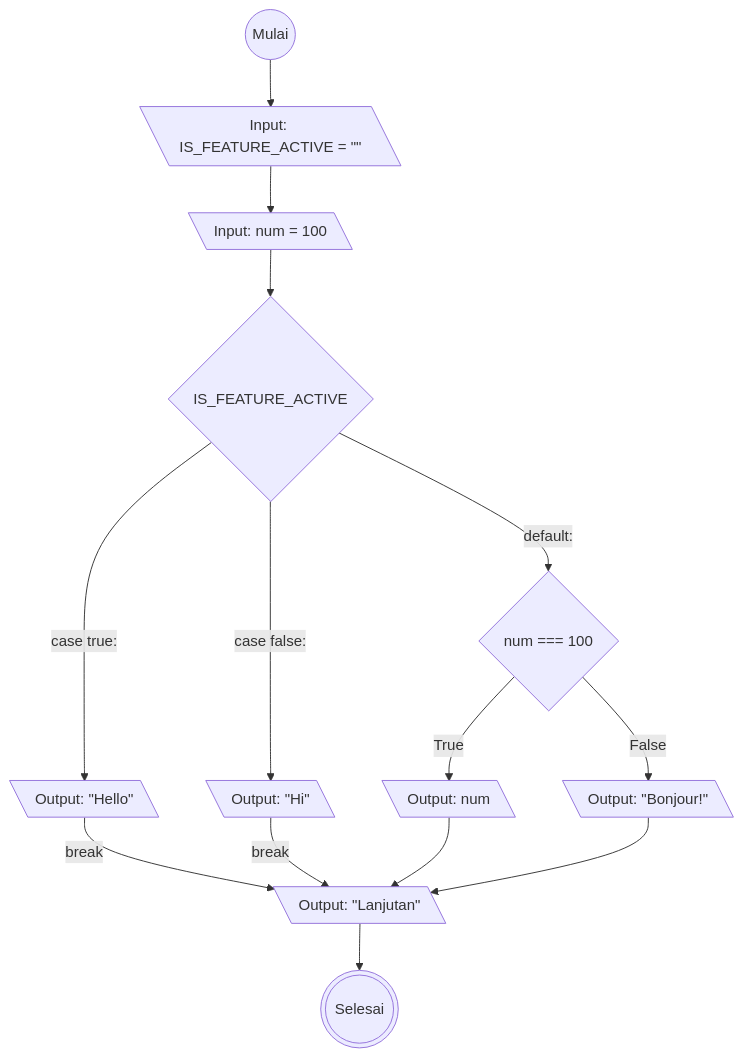
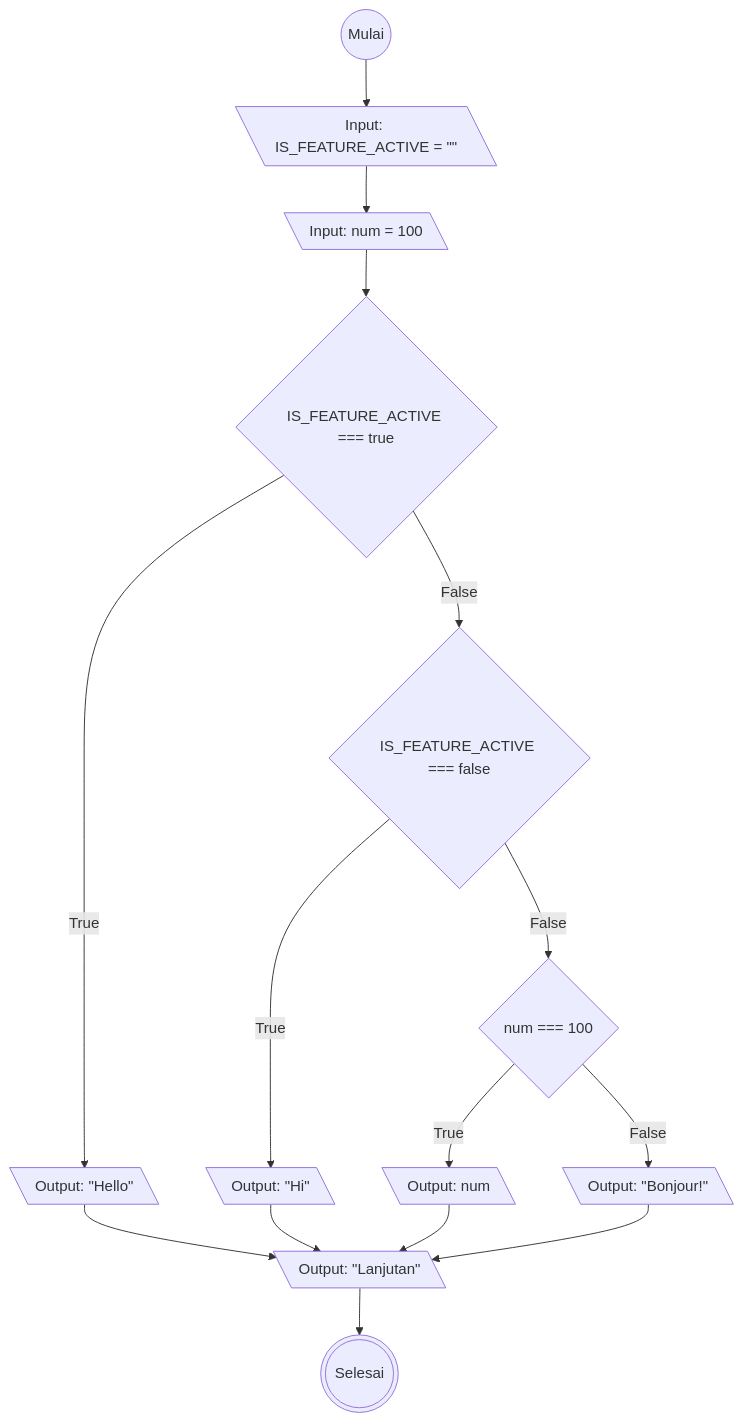
The diagram in flowchart-switch.md (rezafauzan/koda-b6-javascript1), drawn with Mermaid before and after one commit.

Commit message:
Remaster: switch flowchart from code given with better visualization

````diff
--- a/flowchart-switch.md
+++ b/flowchart-switch.md
@@ -2,26 +2,27 @@
 ```mermaid
 flowchart TD
 
 start@{"shape": circle, "label": "Mulai"}
 inputIsFeatureActive@{"shape": lean-l, "label": "Input: IS_FEATURE_ACTIVE = #quot;#quot;"}
 inputNum@{"shape": lean-l, "label": "Input: num = 100"}
-isFeatureActive@{"shape": diamond, "label": "IS_FEATURE_ACTIVE"}
-isFeatureActiveCaseTrue@{"shape": lean-l, "label": "Output: #quot;Hello#quot;"}
-isFeatureActiveCaseFalse@{"shape": lean-l, "label": "Output: #quot;Hi#quot;"}
+isFeatureActive@{"shape": diamond, "label": "IS_FEATURE_ACTIVE === true"}
+isFeatureActiveCaseTrueTrue@{"shape": lean-l, "label": "Output: #quot;Hello#quot;"}
+isFeatureActiveCaseFalse@{"shape": diamond, "label": "IS_FEATURE_ACTIVE === false"}
+isFeatureActiveCaseFalseOutputTrue@{"shape": lean-l, "label": "Output: #quot;Hi#quot;"}
 isFeatureActiveDefault@{"shape": diamond, "label": "num === 100"}
 isNumTrue@{"shape": lean-l, "label": "Output: num"}
 isNumFalse@{"shape": lean-l, "label": "Output: #quot;Bonjour!#quot;"}
 lastOutput@{"shape": lean-l, "label": "Output: #quot;Lanjutan#quot;"}
 stop@{"shape": dbl-circ, "label": "Selesai"}
 
 start-->inputIsFeatureActive-->inputNum-->isFeatureActive
 
-isFeatureActive--case true:-->isFeatureActiveCaseTrue--break-->lastOutput
-isFeatureActive--case false:-->isFeatureActiveCaseFalse--break-->lastOutput
-isFeatureActive--default:-->isFeatureActiveDefault
+isFeatureActive--True-->isFeatureActiveCaseTrueTrue-->lastOutput
+isFeatureActive--False-->isFeatureActiveCaseFalse--True-->isFeatureActiveCaseFalseOutputTrue-->lastOutput
+isFeatureActiveCaseFalse--False-->isFeatureActiveDefault
 isFeatureActiveDefault--True-->isNumTrue-->lastOutput
 isFeatureActiveDefault--False-->isNumFalse-->lastOutput-->stop
 
 
 
 ```
````
